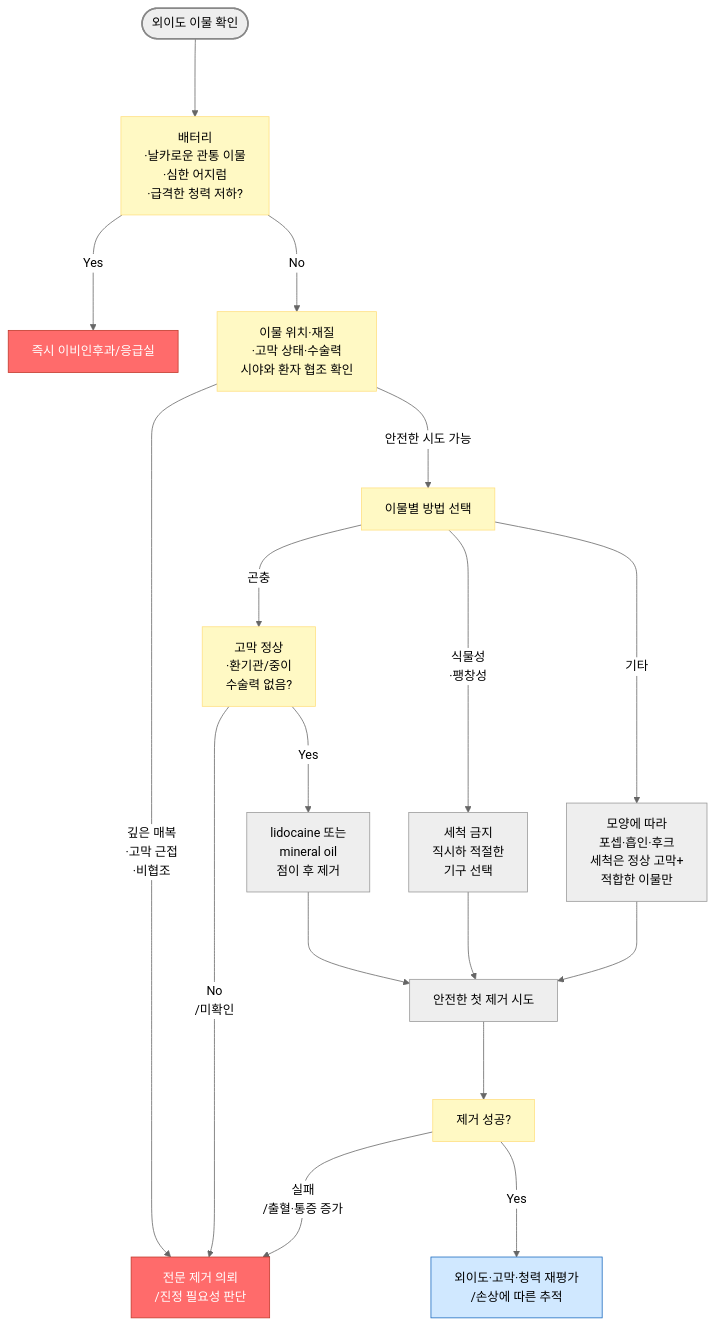
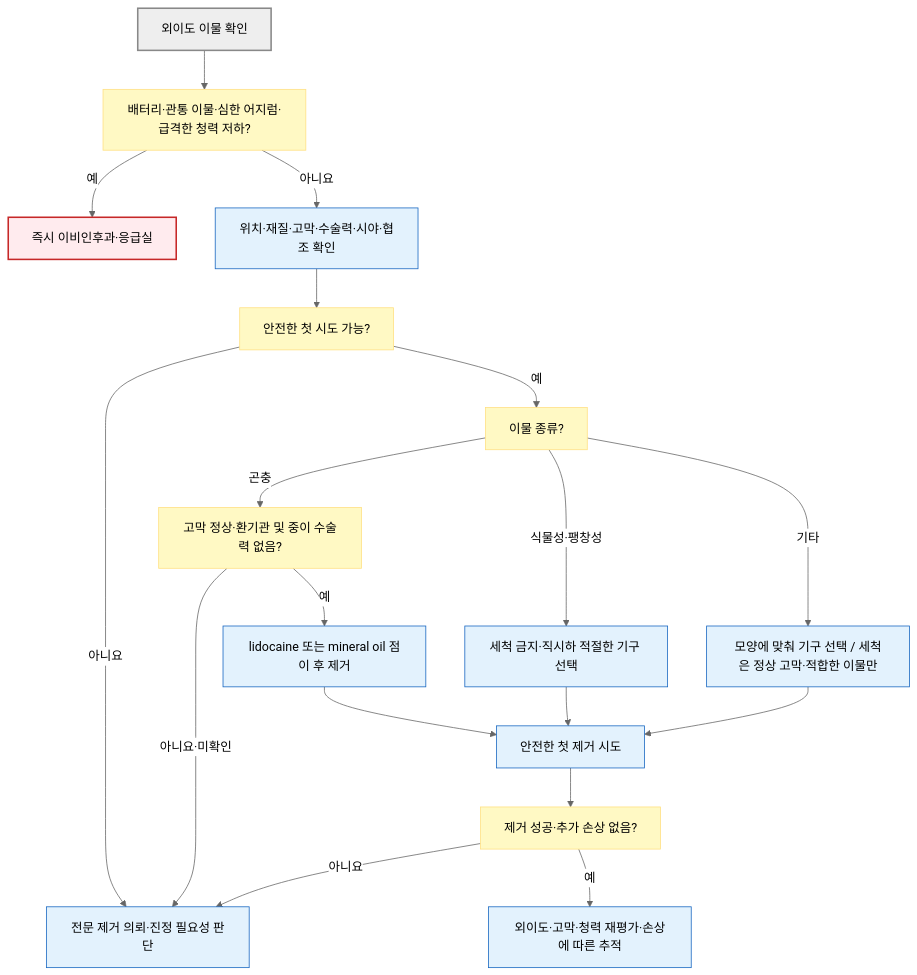
The second of 2 diagrams in 222_/049_-ear-injury.md (familyoh77/familyoh77), drawn with Mermaid (neutral theme) before and after one commit. The commit also changed other lines of this file and 13 other files, not shown here.

````diff
--- a/222_/049_-ear-injury.md
+++ b/222_/049_-ear-injury.md
@@ -418,25 +419,28 @@
 ```mermaid
 flowchart TD
-    Start([외이도 이물 확인]) ---> Red["배터리<br>·날카로운 관통 이물<br>·심한 어지럼<br>·급격한 청력 저하?"]
-    Red --->|Yes| Urgent[즉시 이비인후과/응급실]
-    Red --->|No| Assess["이물 위치·재질<br>·고막 상태·수술력<br>시야와 환자 협조 확인"]
-    Assess --->|"깊은 매복<br>·고막 근접<br>·비협조"| Refer[전문 제거 의뢰<br>/진정 필요성 판단]
-    Assess --->|"안전한 시도 가능"| Type[이물별 방법 선택]
-    Type --->|곤충| TM["고막 정상<br>·환기관/중이 <br>수술력 없음?"]
-    TM --->|No<br>/미확인| Refer
-    TM --->|Yes| Insect["lidocaine 또는 <br>mineral oil <br>점이 후 제거"]
-    Type --->|식물성<br>·팽창성| Organic["세척 금지<br>직시하 적절한 <br>기구 선택"]
-    Type --->|기타| Other["모양에 따라 <br>포셉·흡인·후크<br>세척은 정상 고막+<br>적합한 이물만"]
-    Insect ---> Attempt[안전한 첫 제거 시도]
-    Organic ---> Attempt
-    Other ---> Attempt
-    Attempt ---> Result[제거 성공?]
-    Result --->|"실패<br>/출혈·통증 증가"| Refer
-    Result --->|Yes| Done[외이도·고막·청력 재평가<br>/손상에 따른 추적]
-    style Start fill:#eeeeee,stroke:#888888,stroke-width:2px
-    classDef yellow fill:#fff9c4,stroke:#ffe082
-    class Red,Assess,Type,TM,Result yellow
-    style Urgent fill:#ff6b6b,stroke:#c0392b,color:#fff
-    style Refer fill:#ff6b6b,stroke:#c0392b,color:#fff
-    style Done fill:#d0e8ff,stroke:#1a6abf
+    Start["외이도 이물 확인"] --> Red["배터리·관통 이물·심한 어지럼·급격한 청력 저하?"]
+    Red -- "예" --> Urgent["즉시 이비인후과·응급실"]
+    Red -- "아니요" --> Assess["위치·재질·고막·수술력·시야·협조 확인"]
+    Assess --> Safe["안전한 첫 시도 가능?"]
+    Safe -- "아니요" --> Refer["전문 제거 의뢰·진정 필요성 판단"]
+    Safe -- "예" --> Type["이물 종류?"]
+    Type -- "곤충" --> TM["고막 정상·환기관 및 중이 수술력 없음?"]
+    TM -- "아니요·미확인" --> Refer
+    TM -- "예" --> Insect["lidocaine 또는 mineral oil 점이 후 제거"]
+    Type -- "식물성·팽창성" --> Organic["세척 금지·직시하 적절한 기구 선택"]
+    Type -- "기타" --> Other["모양에 맞춰 기구 선택 / 세척은 정상 고막·적합한 이물만"]
+    Insect --> Attempt["안전한 첫 제거 시도"]
+    Organic --> Attempt
+    Other --> Attempt
+    Attempt --> Result["제거 성공·추가 손상 없음?"]
+    Result -- "아니요" --> Refer
+    Result -- "예" --> Done["외이도·고막·청력 재평가·손상에 따른 추적"]
+    classDef start fill:#eee,stroke:#888,stroke-width:2px
+    classDef decision fill:#fff9c4,stroke:#ffe082
+    classDef urgent fill:#ffebee,stroke:#c62828,stroke-width:2px
+    classDef action fill:#e3f2fd,stroke:#1565c0
+    class Start start
+    class Red,Safe,Type,TM,Result decision
+    class Urgent urgent
+    class Assess,Refer,Insect,Organic,Other,Attempt,Done action
 ```
````
